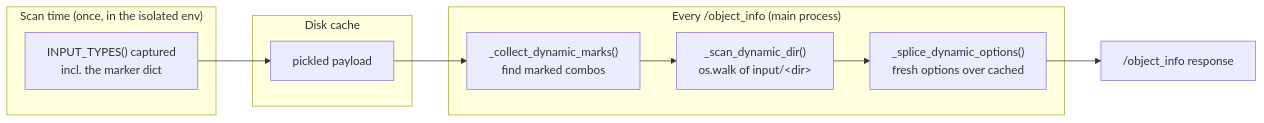
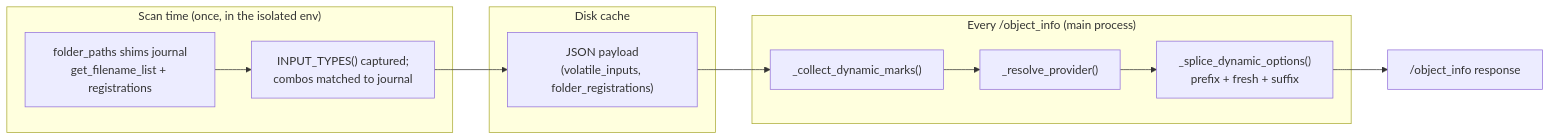
Before and after one commit to Comfy-Forge/comfy-forge-docs: the diagram in docs/comfy-env/dynamic-combos.md, drawn with Mermaid. The commit also changed other lines of this file and 2 other files, not shown here.

````diff
--- a/docs/comfy-env/dynamic-combos.md
+++ b/docs/comfy-env/dynamic-combos.md
@@ -46,17 +128,19 @@
 ```mermaid
 flowchart LR
     subgraph scan["Scan time (once, in the isolated env)"]
-        it["INPUT_TYPES() captured<br/>incl. the marker dict"]
+        shim["folder_paths shims journal<br/>get_filename_list + registrations"]
+        it["INPUT_TYPES() captured;<br/>combos matched to journal"]
+        shim --> it
     end
     subgraph cache["Disk cache"]
-        pl["pickled payload"]
+        pl["JSON payload<br/>(volatile_inputs, folder_registrations)"]
     end
     subgraph parent["Every /object_info (main process)"]
-        marks["_collect_dynamic_marks()<br/>find marked combos"]
-        rescan["_scan_dynamic_dir()<br/>os.walk of input/&lt;dir&gt;"]
-        splice["_splice_dynamic_options()<br/>fresh options over cached"]
-        marks --> rescan --> splice
+        marks["_collect_dynamic_marks()"]
+        res["_resolve_provider()"]
+        splice["_splice_dynamic_options()<br/>prefix + fresh + suffix"]
+        marks --> res --> splice
     end
     it --> pl --> marks
     splice --> oi["/object_info response"]
 ```
````
